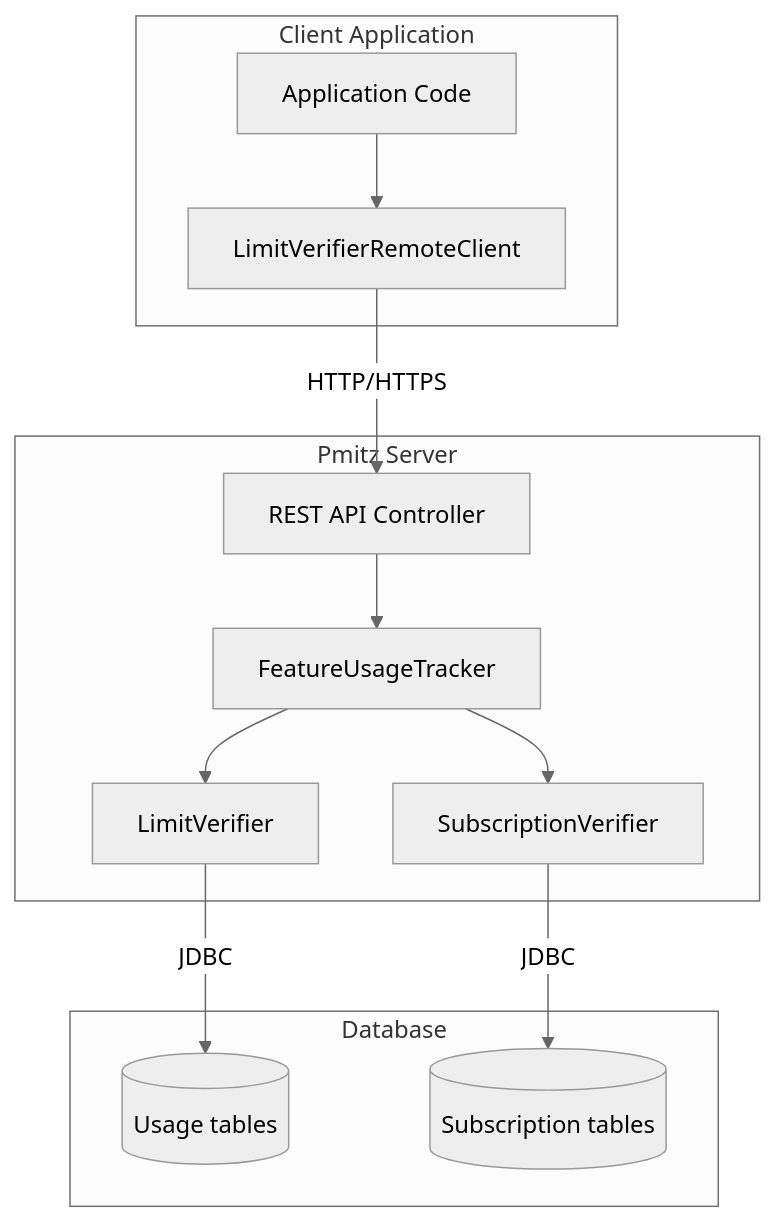
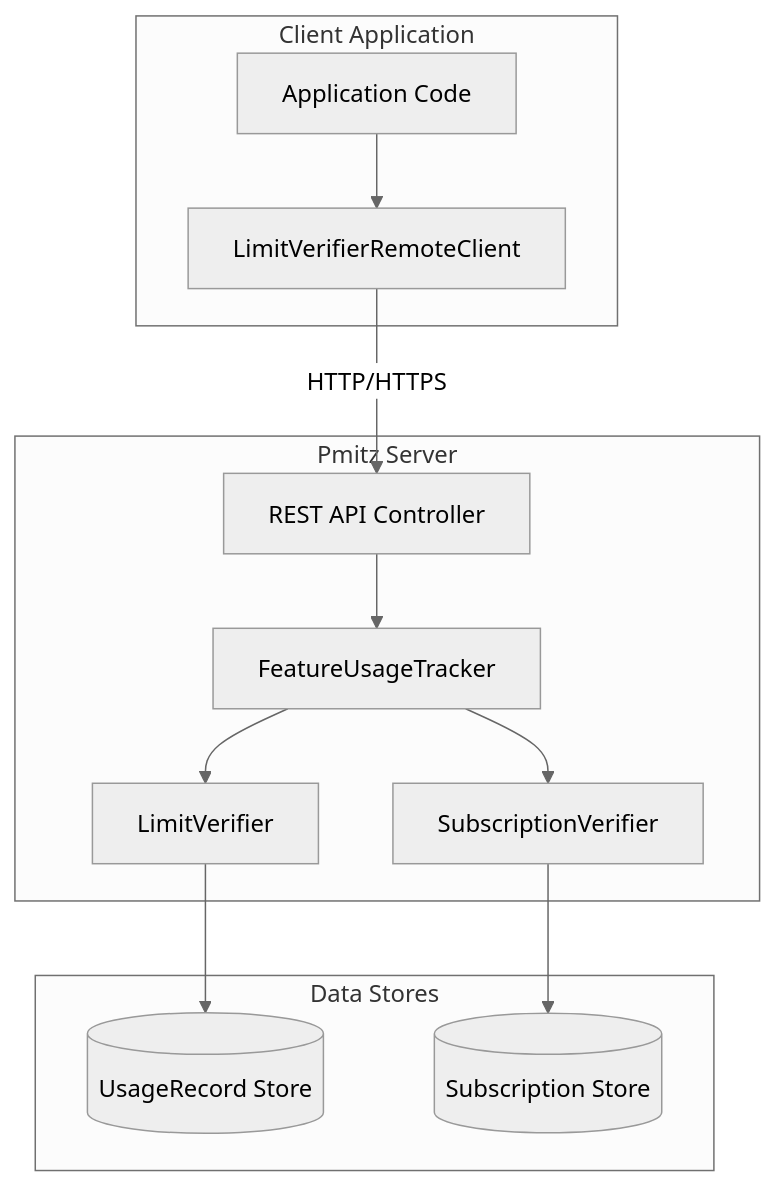
Before and after one commit to terpomo-io/pmitz: the third of 4 diagrams in docs/local-vs-remote-modes.md, drawn with Mermaid (neutral theme). The commit also changed other lines of this file, not shown here.

````diff
--- a/docs/local-vs-remote-modes.md
+++ b/docs/local-vs-remote-modes.md
@@ -71,27 +69,27 @@
 ```mermaid
 flowchart TB
     subgraph ClientApp["Client Application"]
         App[Application Code]
         RC[LimitVerifierRemoteClient]
     end
 
     subgraph PmitzServer["Pmitz Server"]
         API[REST API Controller]
         FUT[FeatureUsageTracker]
         LV[LimitVerifier]
         SV[SubscriptionVerifier]
     end
 
-    subgraph Database["Database"]
-        UD[("Usage tables")]
-        SD[("Subscription tables")]
+    subgraph Stores["Data Stores"]
+        US[("UsageRecord Store")]
+        SS[("Subscription Store")]
     end
 
     App --> RC
     RC -->|HTTP/HTTPS| API
     API --> FUT
     FUT --> LV
     FUT --> SV
-    LV -->|JDBC| UD
-    SV -->|JDBC| SD
+    LV --> US
+    SV --> SS
 ```
````
